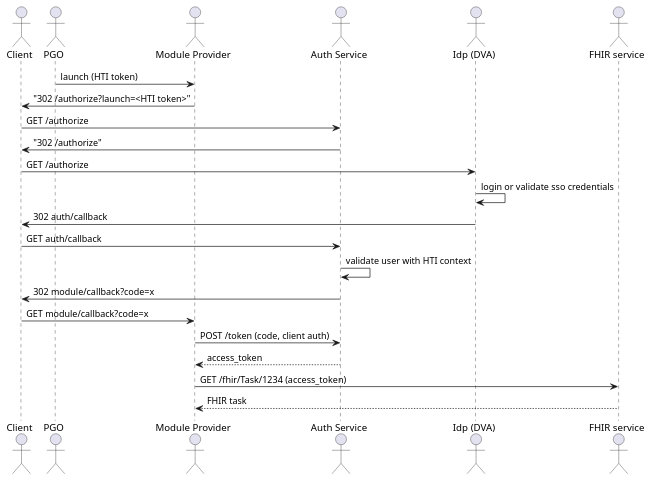
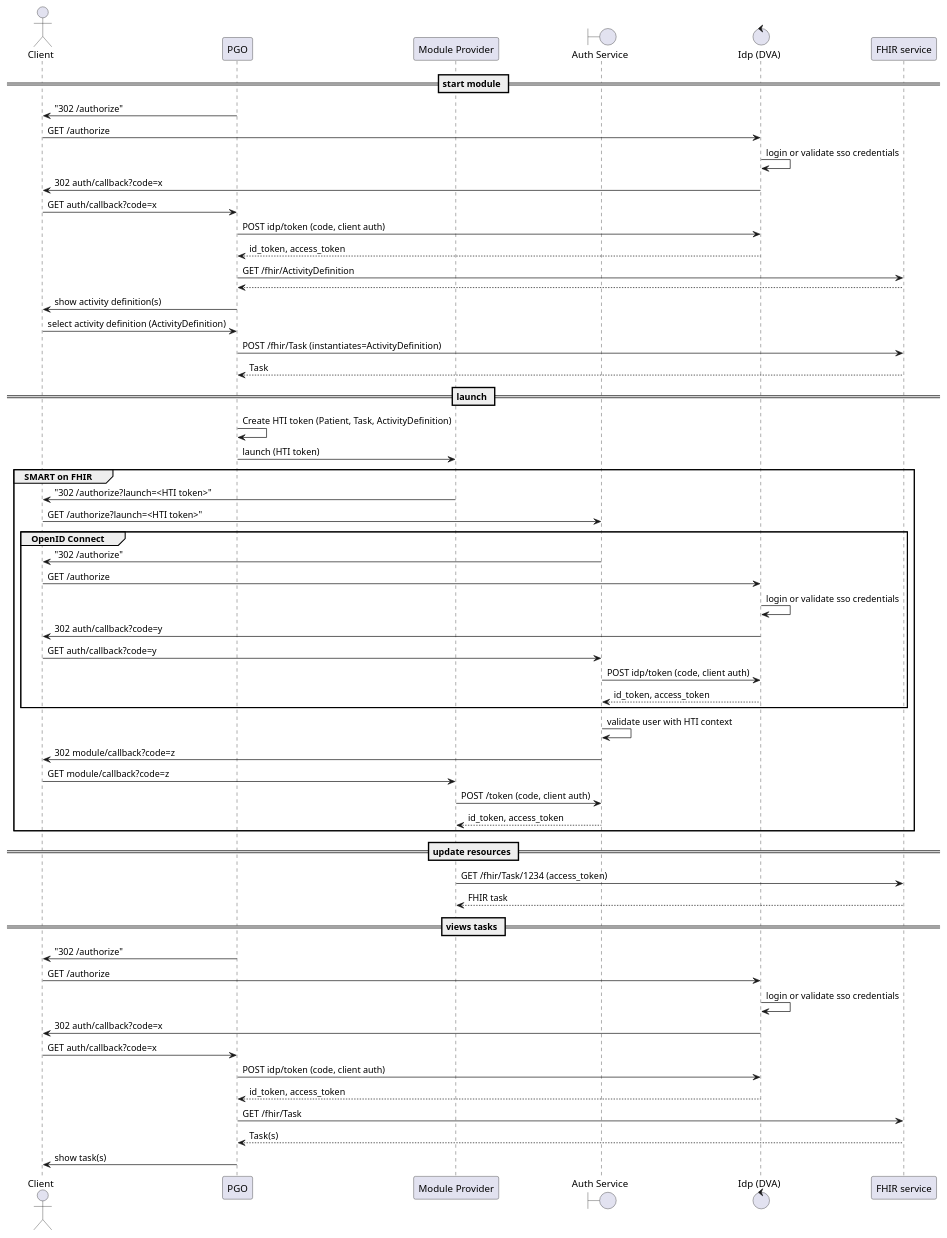
Before and after one commit to Headease/KoppelMij: the diagram in koppelmij_interaction.puml, drawn with PlantUML.

```diff
--- a/koppelmij_interaction.puml
+++ b/koppelmij_interaction.puml
@@ -1,25 +1,63 @@
 @startuml
 actor "Client" as client
-actor "PGO" as pgo
-actor "Module Provider" as module
-actor "Auth Service" as auth
-actor "Idp (DVA)" as idp
-actor "FHIR service" as fhir_service
+participant "PGO" as pgo
+participant "Module Provider" as module
+boundary "Auth Service" as auth
+control "Idp (DVA)" as idp
+participant "FHIR service" as fhir_service
 
+== start module ==
+pgo -> client: "302 /authorize"
+client -> idp: GET /authorize
+idp -> idp: login or validate sso credentials
+idp -> client: 302 auth/callback?code=x
+client -> pgo: GET auth/callback?code=x
+pgo -> idp: POST idp/token (code, client auth)
+idp --> pgo: id_token, access_token
+pgo -> fhir_service: GET /fhir/ActivityDefinition
+fhir_service --> pgo
+pgo -> client: show activity definition(s)
+client -> pgo: select activity definition (ActivityDefinition)
+pgo -> fhir_service: POST /fhir/Task (instantiates=ActivityDefinition)
+fhir_service --> pgo: Task
+
+== launch ==
+pgo -> pgo: Create HTI token (Patient, Task, ActivityDefinition)
 pgo -> module: launch (HTI token)
+group SMART on FHIR
 module -> client: "302 /authorize?launch=<HTI token>"
-client -> auth: GET /authorize
+client -> auth: GET /authorize?launch=<HTI token>"
+group OpenID Connect
 auth -> client: "302 /authorize"
 client -> idp: GET /authorize
 idp -> idp: login or validate sso credentials
-idp -> client: 302 auth/callback
-client -> auth: GET auth/callback
+idp -> client: 302 auth/callback?code=y
+client -> auth: GET auth/callback?code=y
+auth -> idp: POST idp/token (code, client auth)
+idp --> auth: id_token, access_token
+end
 auth -> auth: validate user with HTI context
-auth -> client: 302 module/callback?code=x
-client -> module: GET module/callback?code=x
+auth -> client: 302 module/callback?code=z
+client -> module: GET module/callback?code=z
 module -> auth: POST /token (code, client auth)
-auth --> module: access_token
+auth --> module: id_token, access_token
+end
+
+== update resources ==
+
 module -> fhir_service: GET /fhir/Task/1234 (access_token)
 fhir_service --> module: FHIR task
 
+== views tasks ==
+pgo -> client: "302 /authorize"
+client -> idp: GET /authorize
+idp -> idp: login or validate sso credentials
+idp -> client: 302 auth/callback?code=x
+client -> pgo: GET auth/callback?code=x
+pgo -> idp: POST idp/token (code, client auth)
+idp --> pgo: id_token, access_token
+pgo -> fhir_service: GET /fhir/Task
+fhir_service --> pgo: Task(s)
+pgo -> client: show task(s)
+
 @enduml
```
